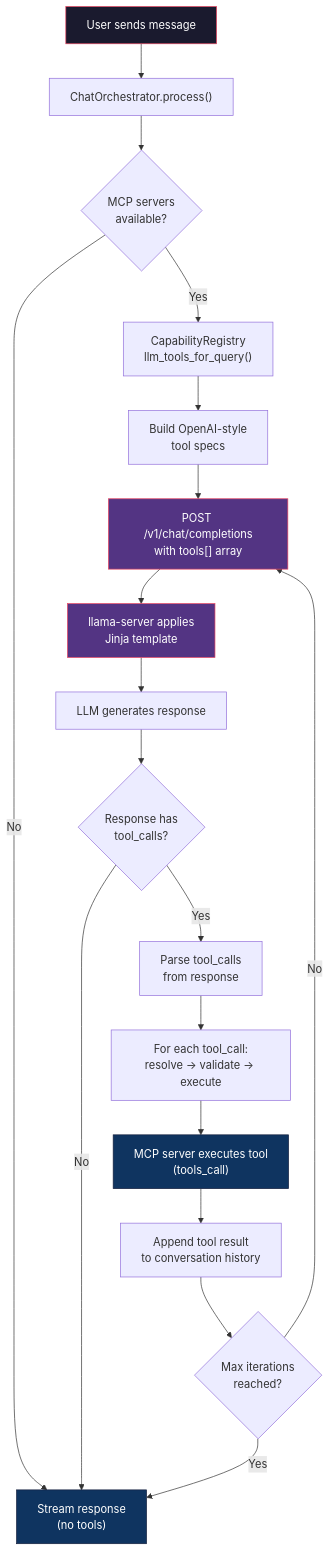
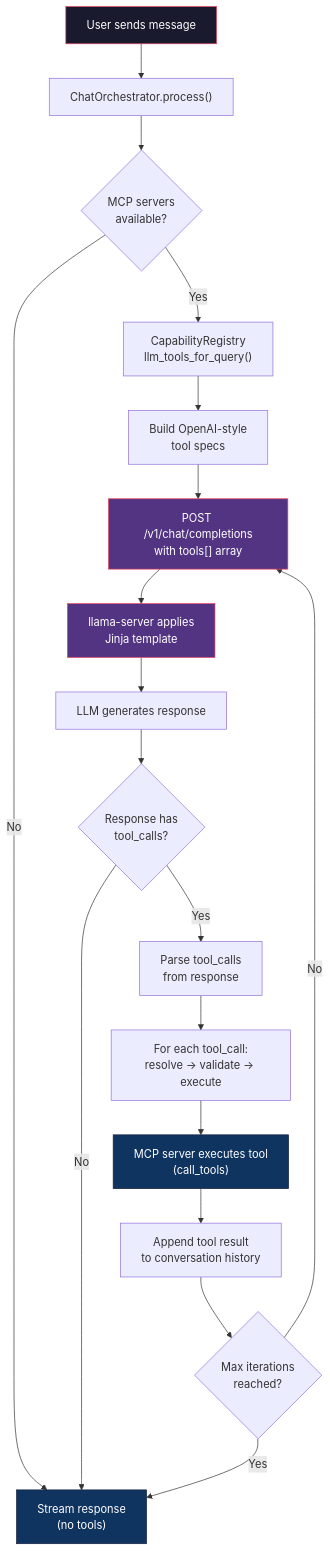
Before and after one commit to GDKAYKY/llama.cpp-desktop: the first of 3 diagrams in docs/backend/MCP_TOOL_CALLING.md, drawn with Mermaid. The commit also changed other lines of this file and 16 other files, not shown here.

````diff
--- a/docs/backend/MCP_TOOL_CALLING.md
+++ b/docs/backend/MCP_TOOL_CALLING.md
@@ -95,26 +95,26 @@
 ```mermaid
 flowchart TD
     A["User sends message"] --> B["ChatOrchestrator.process()"]
     B --> C{"MCP servers\navailable?"}
     C -- No --> D["Stream response\n(no tools)"]
     C -- Yes --> E["CapabilityRegistry\nllm_tools_for_query()"]
     E --> F["Build OpenAI-style\ntool specs"]
     F --> G["POST /v1/chat/completions\nwith tools[] array"]
     G --> H["llama-server applies\nJinja template"]
     H --> I["LLM generates response"]
     I --> J{"Response has\ntool_calls?"}
     J -- No --> D
     J -- Yes --> K["Parse tool_calls\nfrom response"]
     K --> L["For each tool_call:\nresolve → validate → execute"]
-    L --> M["MCP server executes tool\n(tools_call)"]
+    L --> M["MCP server executes tool\n(call_tools)"]
     M --> N["Append tool result\nto conversation history"]
     N --> O{"Max iterations\nreached?"}
     O -- No --> G
     O -- Yes --> D
 
     style A fill:#1a1a2e,stroke:#e94560,color:#fff
     style D fill:#0f3460,stroke:#16213e,color:#fff
     style G fill:#533483,stroke:#e94560,color:#fff
     style H fill:#533483,stroke:#e94560,color:#fff
     style M fill:#0f3460,stroke:#16213e,color:#fff
 ```
````
